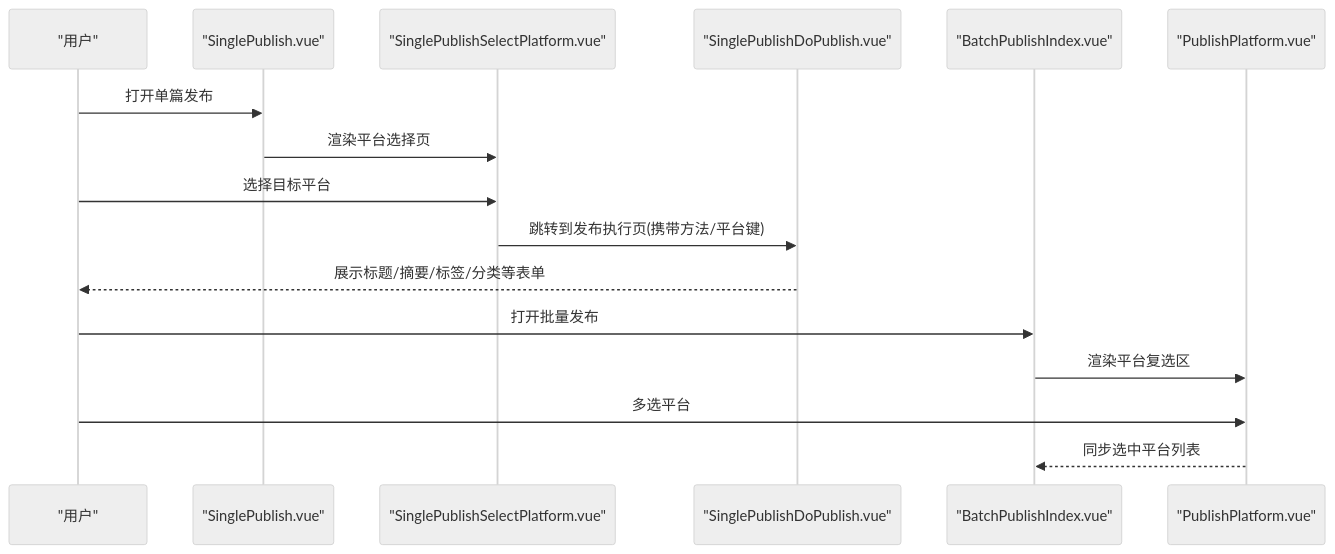
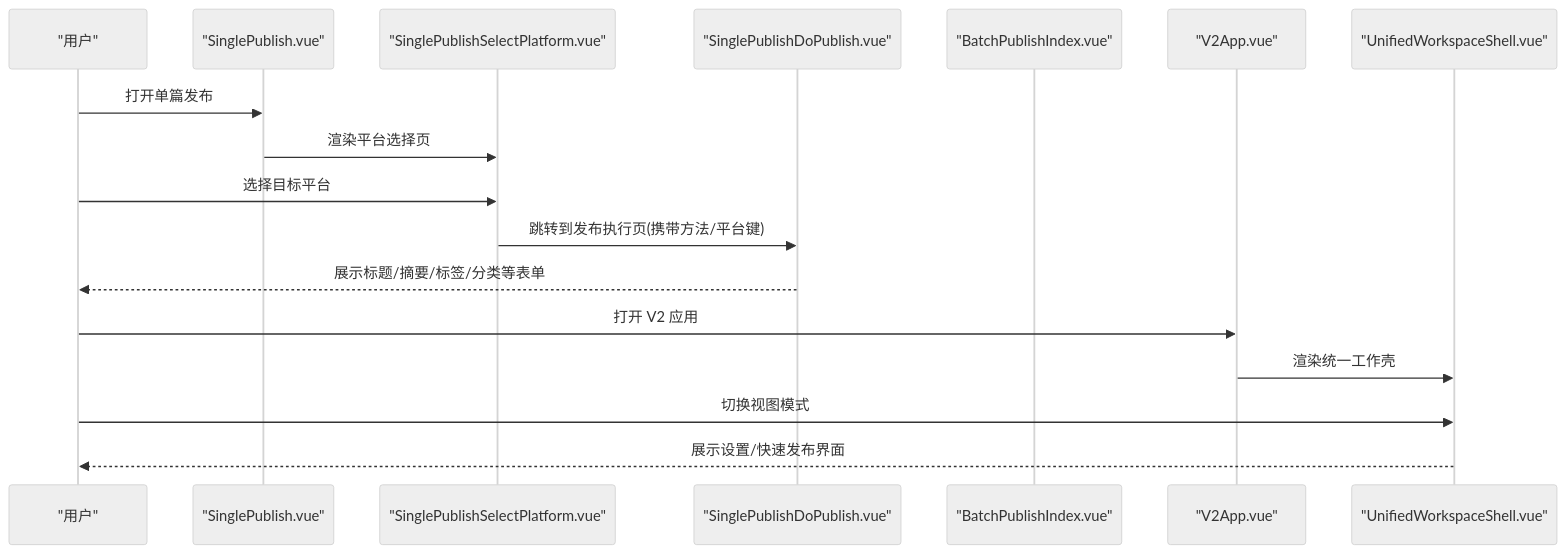
One commit to terwer/siyuan-plugin-publisher changed the second of 7 diagrams in .qoder/repowiki/zh/content/用户界面组件/用户界面组件.md. Above: the diagram before and after it, drawn with Mermaid (neutral theme). The commit also changed other lines of this file and 12 other files, not shown here.

First line of the commit message:
feat(ui-v2): implement V2 UI foundation and unified workspace shell

````diff
--- a/.qoder/repowiki/zh/content/用户界面组件/用户界面组件.md
+++ b/.qoder/repowiki/zh/content/用户界面组件/用户界面组件.md
@@ -165,18 +184,19 @@
 ```mermaid
 sequenceDiagram
 participant U as "用户"
 participant SP as "SinglePublish.vue"
 participant SPS as "SinglePublishSelectPlatform.vue"
 participant SPD as "SinglePublishDoPublish.vue"
 participant BPI as "BatchPublishIndex.vue"
-participant PF as "PublishPlatform.vue"
+participant V2APP as "V2App.vue"
+participant UWS as "UnifiedWorkspaceShell.vue"
 U->>SP : 打开单篇发布
 SP->>SPS : 渲染平台选择页
 U->>SPS : 选择目标平台
 SPS->>SPD : 跳转到发布执行页(携带方法/平台键)
 SPD-->>U : 展示标题/摘要/标签/分类等表单
-U->>BPI : 打开批量发布
-BPI->>PF : 渲染平台复选区
-U->>PF : 多选平台
-PF-->>BPI : 同步选中平台列表
+U->>V2APP : 打开 V2 应用
+V2APP->>UWS : 渲染统一工作壳
+U->>UWS : 切换视图模式
+UWS-->>U : 展示设置/快速发布界面
 ```
````
